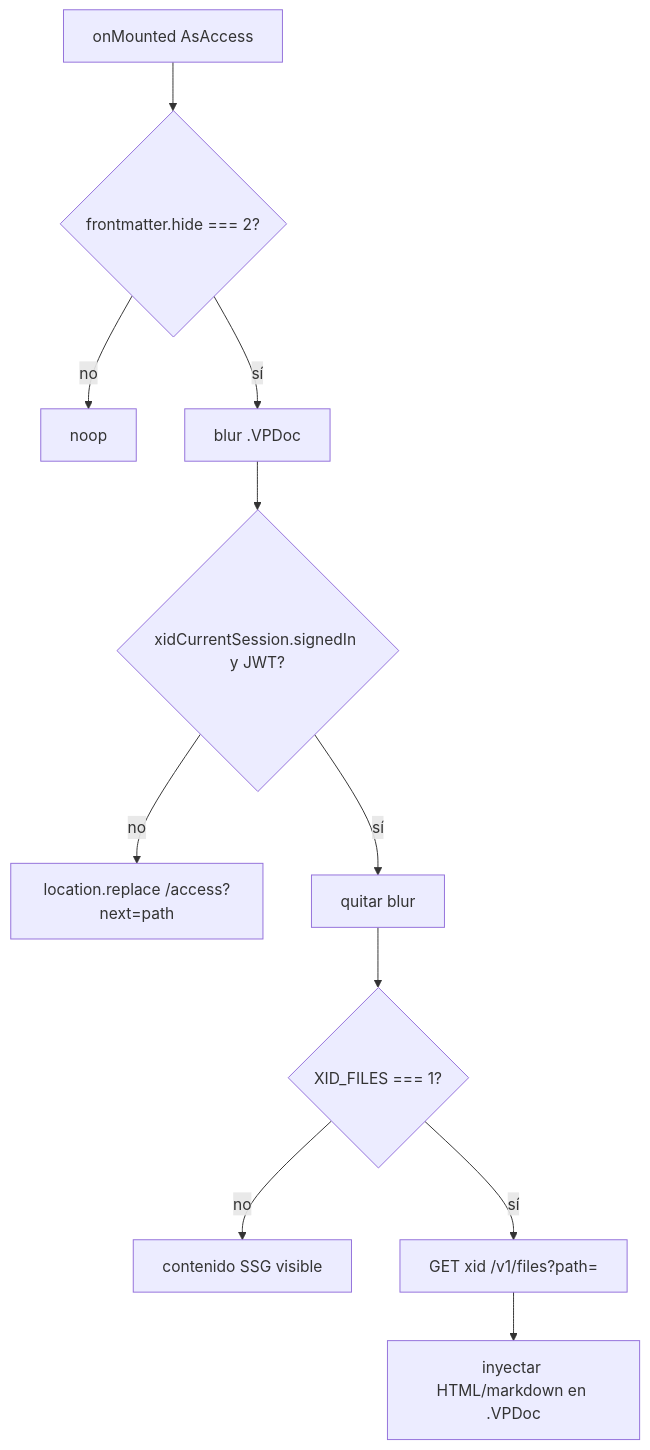
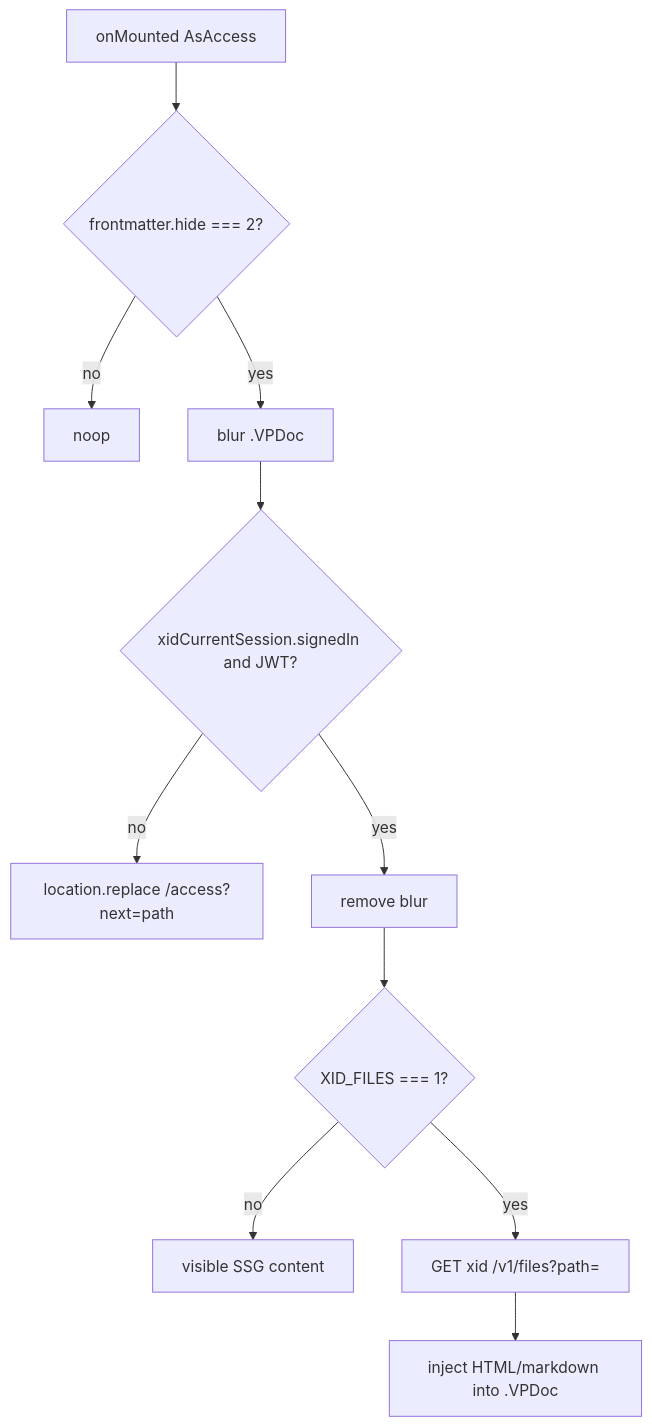
Before and after one commit to kaesar/onmind-xid: the third of 3 diagrams in README.md, drawn with Mermaid. The commit also changed other lines of this file and 6 other files, not shown here.

````diff
--- a/README.md
+++ b/README.md
@@ -118,13 +118,13 @@
 ```mermaid
 flowchart TD
   M[onMounted AsAccess] --> H{frontmatter.hide === 2?}
   H -->|no| End[noop]
-  H -->|sí| Blur[blur .VPDoc]
-  Blur --> S{xidCurrentSession.signedIn y JWT?}
+  H -->|yes| Blur[blur .VPDoc]
+  Blur --> S{xidCurrentSession.signedIn and JWT?}
   S -->|no| Go["location.replace /access?next=path"]
-  S -->|sí| Unblur[quitar blur]
+  S -->|yes| Unblur[remove blur]
   Unblur --> F{XID_FILES === 1?}
-  F -->|no| End2[contenido SSG visible]
-  F -->|sí| Get["GET xid /v1/files?path="]
-  Get --> Inj[inyectar HTML/markdown en .VPDoc]
+  F -->|no| End2[visible SSG content]
+  F -->|yes| Get["GET xid /v1/files?path="]
+  Get --> Inj[inject HTML/markdown into .VPDoc]
 ```
````
